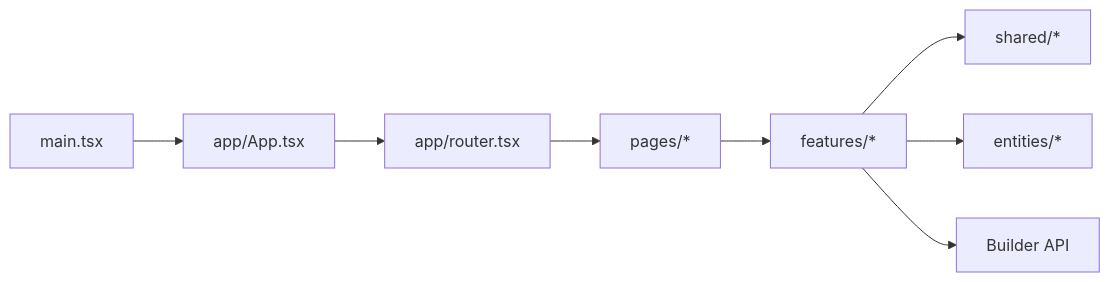
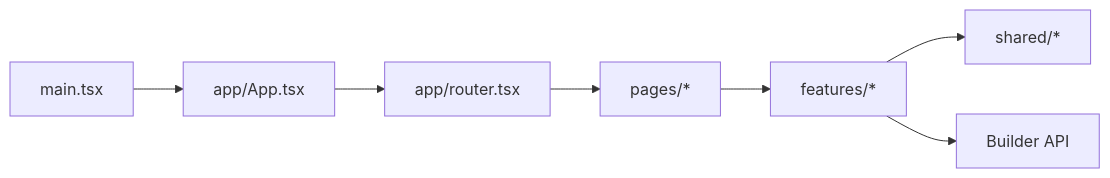
The third of 5 diagrams in ARCHITECTURE.md (kpubdata-lab/kpubdata-studio), drawn with Mermaid before and after one commit. The commit also changed other lines of this file and 9 other files, not shown here.

````diff
--- a/ARCHITECTURE.md
+++ b/ARCHITECTURE.md
@@ -70,10 +69,9 @@
 ```mermaid
 graph LR
     Main[main.tsx] --> App[app/App.tsx]
     App --> Router[app/router.tsx]
     Router --> Pages[pages/*]
     Pages --> Features[features/*]
     Features --> Shared[shared/*]
-    Features --> Entities[entities/*]
     Features --> BuilderAPI[Builder API]
 ```
````
